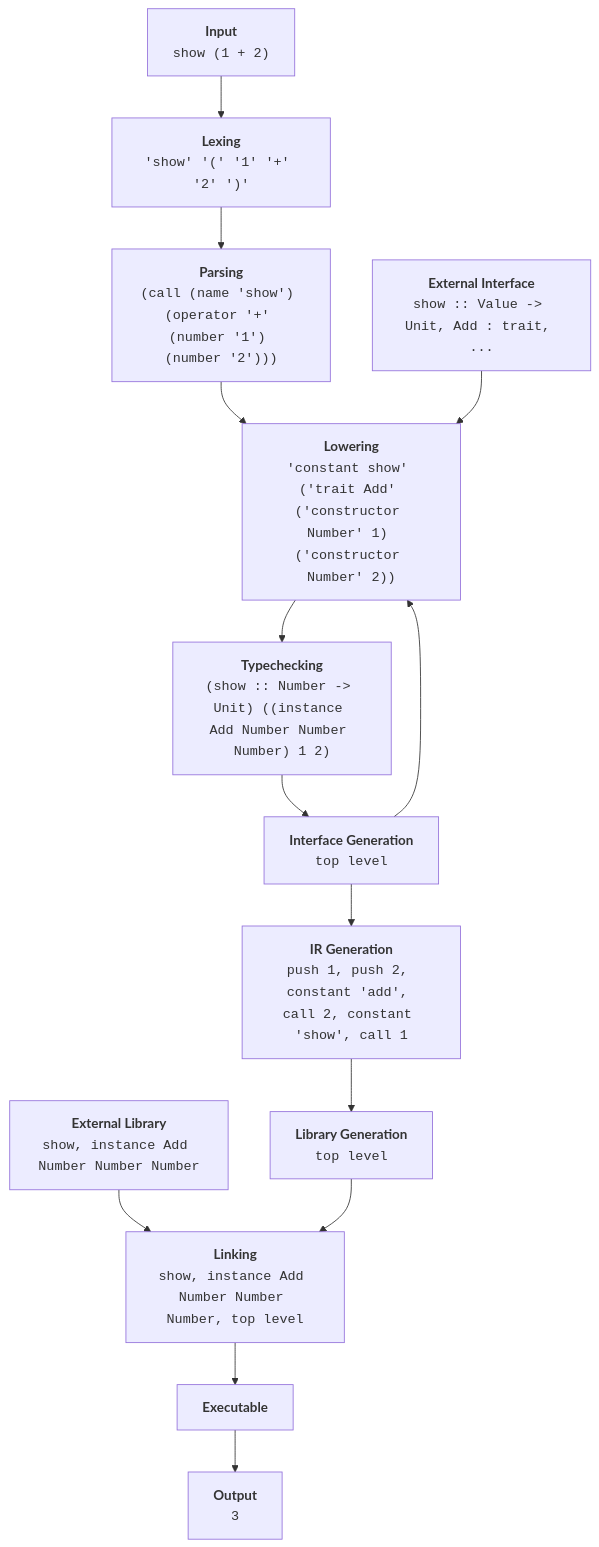
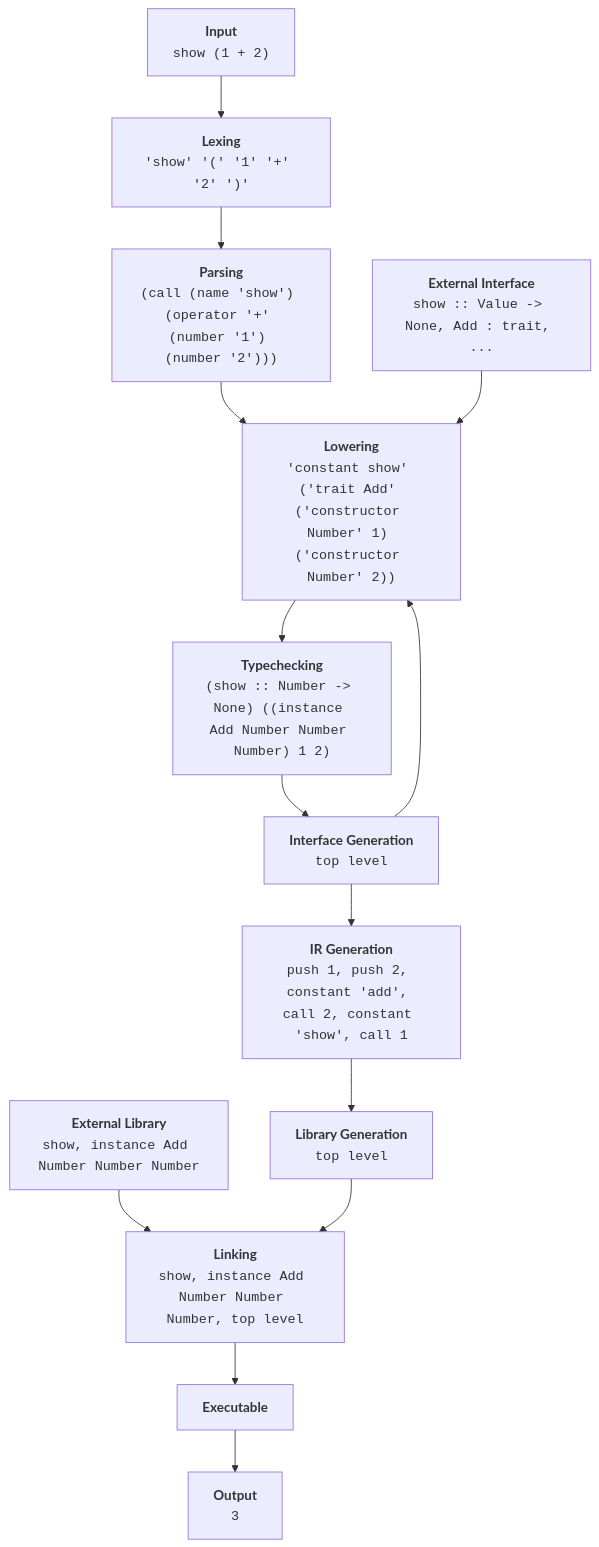
One commit to wipplelang/wipple changed the diagram in web/docs/src/compiler/project-overview.md. Above: the diagram before and after it, drawn with Mermaid. The commit also changed 94 other files, not shown here.

Commit message:
Rename 'Unit' to 'None'

````diff
--- a/web/docs/src/compiler/project-overview.md
+++ b/web/docs/src/compiler/project-overview.md
@@ -13,29 +13,29 @@
 ```mermaid
 flowchart TD
     input["<strong>Input</strong><br><code>show (1 + 2)</code>"]
     lexing["<strong>Lexing</strong><br><code>'show' '(' '1' '+' '2' ')'</code>"]
     parsing["<strong>Parsing</strong><br><code>(call (name 'show') (operator '+' (number '1') (number '2')))</code>"]
-    externalInterface["<strong>External Interface</strong><br><code>show :: Value -> Unit, Add : trait, ...</code>"]
+    externalInterface["<strong>External Interface</strong><br><code>show :: Value -> None, Add : trait, ...</code>"]
     lowering["<strong>Lowering</strong><br><code>'constant show' ('trait Add' ('constructor Number' 1) ('constructor Number' 2))</code>"]
-    typechecking["<strong>Typechecking</strong><br><code>(show :: Number -> Unit) ((instance Add Number Number Number) 1 2)</code>"]
+    typechecking["<strong>Typechecking</strong><br><code>(show :: Number -> None) ((instance Add Number Number Number) 1 2)</code>"]
     interfaceGeneration["<strong>Interface Generation</strong><br><code>top level</code>"]
     irGeneration["<strong>IR Generation</strong><br><code>push 1, push 2, constant 'add', call 2, constant 'show', call 1</code>"]
     libraryGeneration["<strong>Library Generation</strong><br><code>top level</code>"]
     externalLibrary["<strong>External Library</strong><br><code>show, instance Add Number Number Number</code>"]
     linking["<strong>Linking</strong><br><code>show, instance Add Number Number Number, top level</code>"]
     executable["<strong>Executable</strong>"]
     output["<strong>Output</strong><br><code>3</code>"]
     input --> lexing
     lexing --> parsing
     parsing --> lowering
     externalInterface --> lowering
     lowering --> typechecking
     typechecking --> interfaceGeneration
     interfaceGeneration --> lowering
     interfaceGeneration --> irGeneration
     irGeneration --> libraryGeneration
     externalLibrary --> linking
     libraryGeneration --> linking
     linking --> executable
     executable --> output
 ```
````
